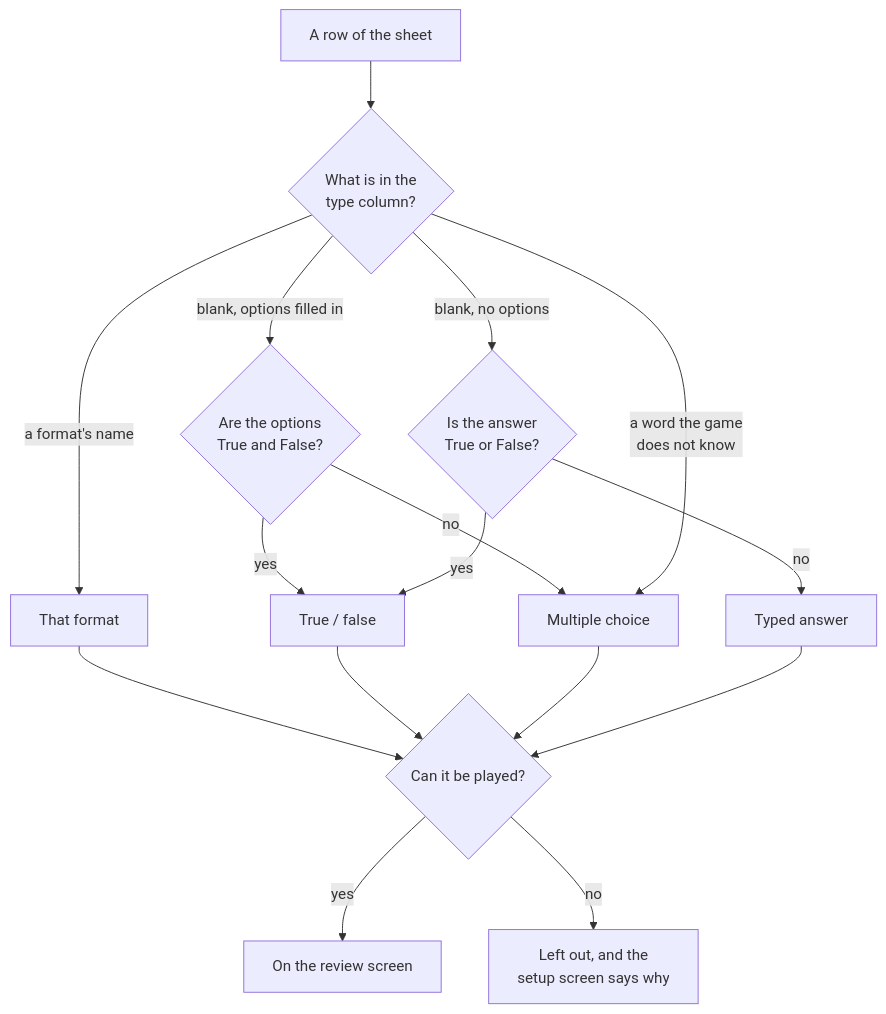
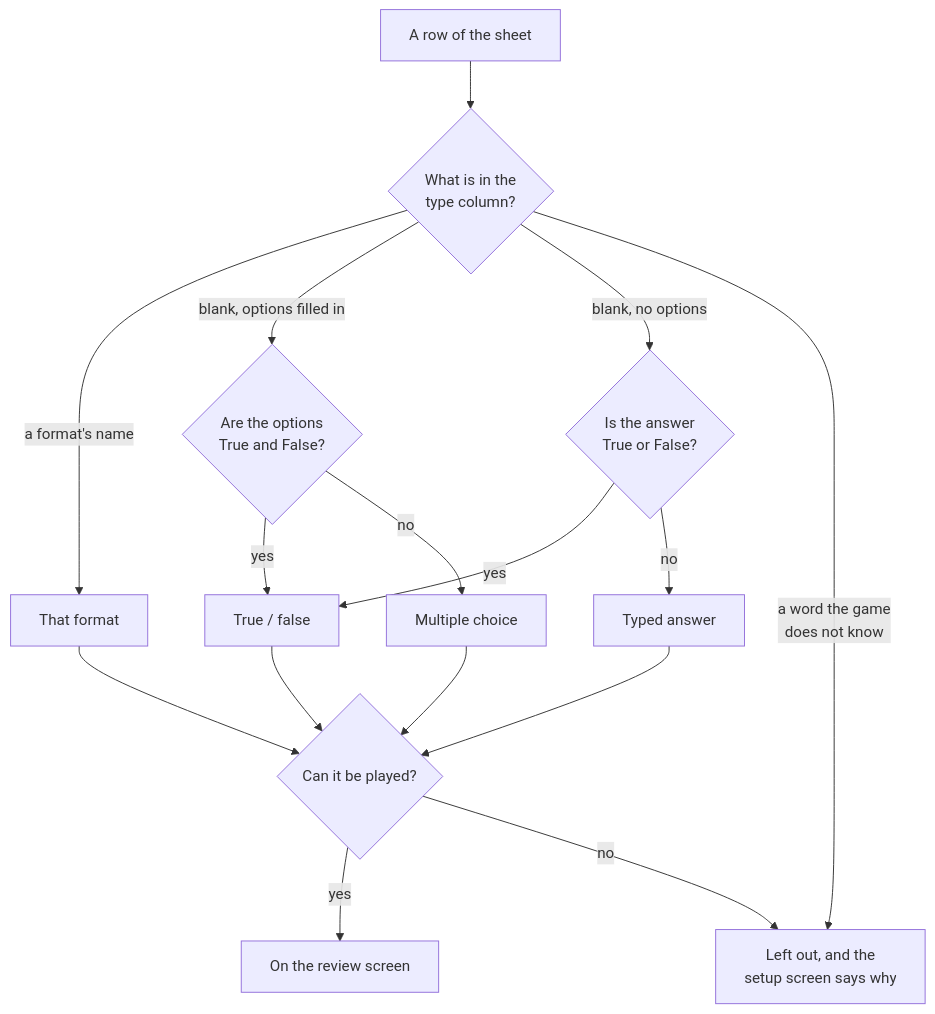
Before and after one commit to OmniFlexFitness/OmniTrivia: the first of 2 diagrams in QUESTION_FORMAT.md, drawn with Mermaid. The commit also changed other lines of this file and 7 other files, not shown here.

````diff
--- a/QUESTION_FORMAT.md
+++ b/QUESTION_FORMAT.md
@@ -120,15 +121,15 @@
 ```mermaid
 flowchart TD
     row["A row of the sheet"] --> type{"What is in the<br>type column?"}
     type -->|"a format's name"| named["That format"]
     type -->|"blank, options filled in"| tfOptions{"Are the options<br>True and False?"}
     tfOptions -->|yes| tf["True / false"]
     tfOptions -->|no| mc["Multiple choice"]
     type -->|"blank, no options"| tfAnswer{"Is the answer<br>True or False?"}
     tfAnswer -->|yes| tf
     tfAnswer -->|no| typed["Typed answer"]
-    type -->|"a word the game<br>does not know"| mc
+    type -->|"a word the game<br>does not know"| out
     named & tf & mc & typed --> check{"Can it be played?"}
     check -->|yes| review["On the review screen"]
     check -->|no| out["Left out, and the<br>setup screen says why"]
 ```
````
